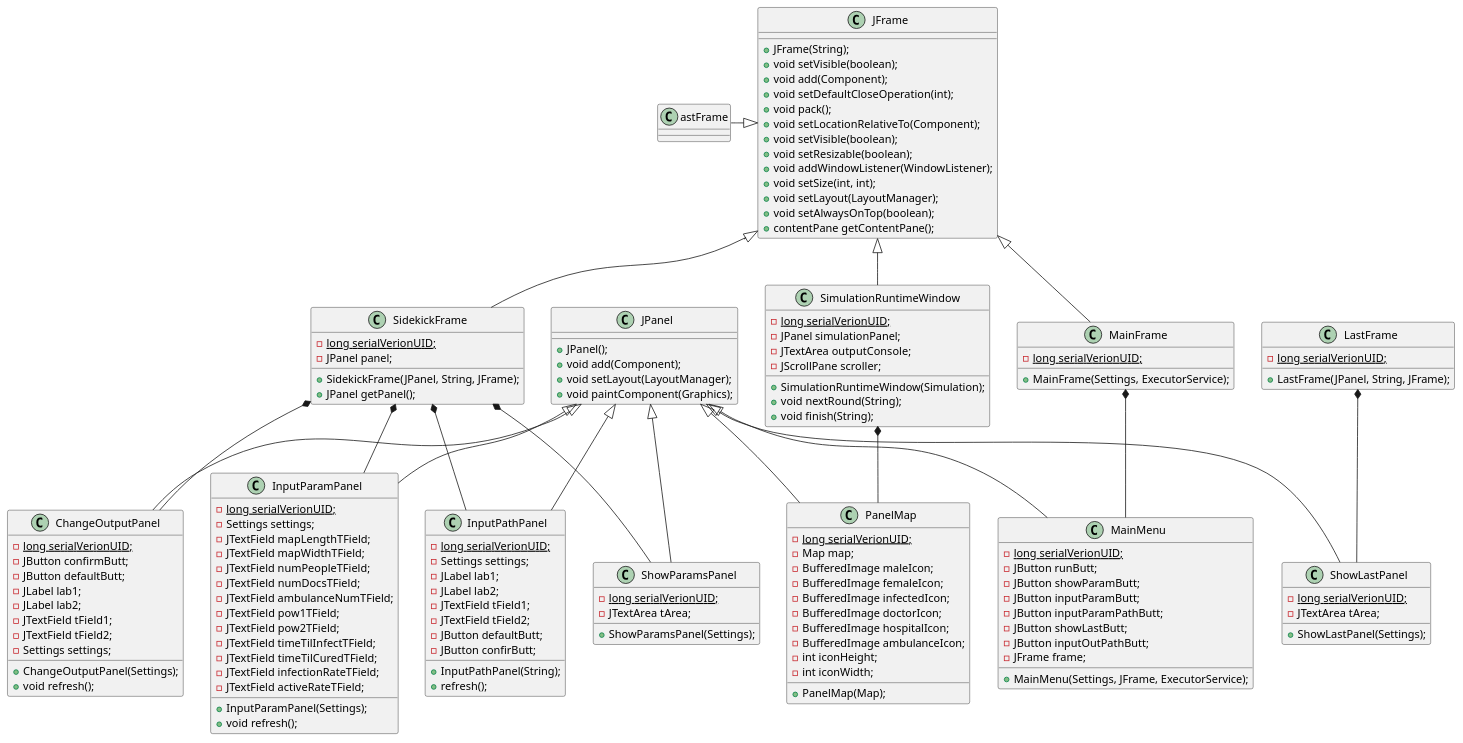
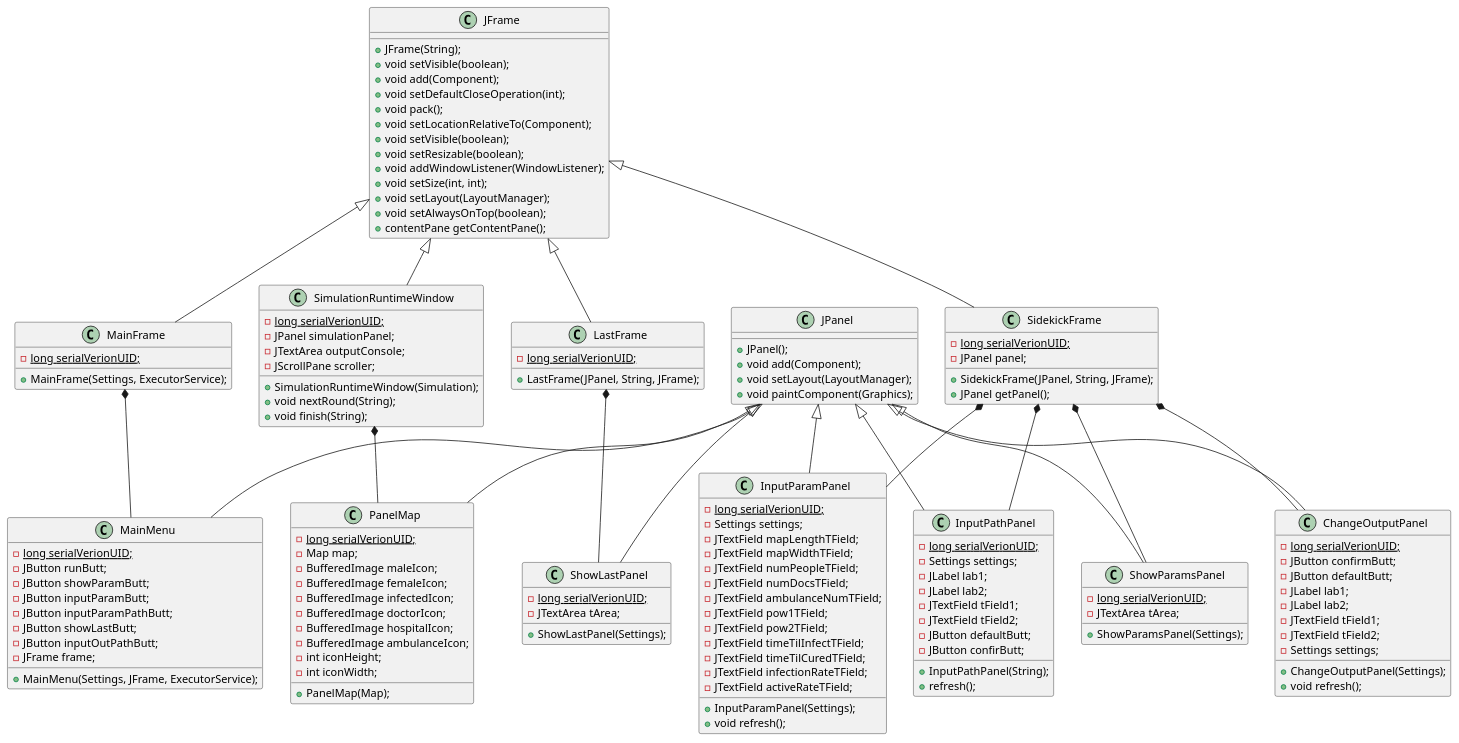
The diagram in dokumentacja/class_diagram/class_diagram_gui/class_diagram_gui_08062020.plantuml (karolWazny/plague-repo), drawn with PlantUML before and after one commit. The commit also changed 1 other file, not shown here.

```diff
--- a/dokumentacja/class_diagram/class_diagram_gui/class_diagram_gui_08062020.plantuml
+++ b/dokumentacja/class_diagram/class_diagram_gui/class_diagram_gui_08062020.plantuml
@@ -1,156 +1,156 @@
 @startuml class_diagram_gui_08062020
 
 class JFrame {
     + JFrame(String);
     + void setVisible(boolean);
     + void add(Component);
     + void setDefaultCloseOperation(int);
     + void pack();
     + void setLocationRelativeTo(Component);
     + void setVisible(boolean);
     + void setResizable(boolean);
     + void addWindowListener(WindowListener);
     + void setSize(int, int);
     + void setLayout(LayoutManager);
     + void setAlwaysOnTop(boolean);
     + contentPane getContentPane(); 
 }
 
 class JPanel {
     + JPanel();
     + void add(Component);
     + void setLayout(LayoutManager);
     + void paintComponent(Graphics);
 
 }
 
 class LastFrame {
     - {static} long serialVerionUID;
     + LastFrame(JPanel, String, JFrame);
 }
 
 class MainFrame {
     - {static} long serialVerionUID;
     + MainFrame(Settings, ExecutorService);
 }
 
 class SidekickFrame {
     - {static} long serialVerionUID;
     - JPanel panel;
     + SidekickFrame(JPanel, String, JFrame);
     + JPanel getPanel();
 }
 
 class SimulationRuntimeWindow{
     - {static} long serialVerionUID;
     - JPanel simulationPanel;
     - JTextArea outputConsole;
     - JScrollPane scroller;
     + SimulationRuntimeWindow(Simulation);
     + void nextRound(String);
     + void finish(String);
 }
 
 class ChangeOutputPanel {
     - {static} long serialVerionUID;
     - JButton confirmButt;
     - JButton defaultButt;
     - JLabel lab1;
     - JLabel lab2;
     - JTextField tField1;
     - JTextField tField2;
     - Settings settings;
     + ChangeOutputPanel(Settings);
     + void refresh();
 }
 
 class InputParamPanel{
     - {static} long serialVerionUID;
     - Settings settings;
     - JTextField mapLengthTField;
     - JTextField mapWidthTField;
     - JTextField numPeopleTField;
     - JTextField numDocsTField;
     - JTextField ambulanceNumTField;
     - JTextField pow1TField;
     - JTextField pow2TField;
     - JTextField timeTilInfectTField;
     - JTextField timeTilCuredTField;
     - JTextField infectionRateTField;
     - JTextField activeRateTField;
     + InputParamPanel(Settings);
     + void refresh();
 }
 
 class InputPathPanel {
     - {static} long serialVerionUID;
     - Settings settings;
     - JLabel lab1;
     - JLabel lab2;
     - JTextField tField1;
     - JTextField tField2;
     - JButton defaultButt;
     - JButton confirButt;
     + InputPathPanel(String);
     + refresh();
 }
 
 class MainMenu {
     - {static} long serialVerionUID;
     - JButton runButt;
     - JButton showParamButt;
     - JButton inputParamButt;
     - JButton inputParamPathButt;
     - JButton showLastButt;
     - JButton inputOutPathButt;
     - JFrame frame;
     + MainMenu(Settings, JFrame, ExecutorService);
 }
 
 class PanelMap {
     - {static} long serialVerionUID;
     - Map map;
     - BufferedImage maleIcon;
     - BufferedImage femaleIcon;
     - BufferedImage infectedIcon;
     - BufferedImage doctorIcon;
     - BufferedImage hospitalIcon;
     - BufferedImage ambulanceIcon;
     - int iconHeight;
     - int iconWidth;
     + PanelMap(Map);
 }
 
 class ShowLastPanel {
     - {static} long serialVerionUID;
     - JTextArea tArea;
     + ShowLastPanel(Settings);
 }
 
 class ShowParamsPanel {
     - {static} long serialVerionUID;
     - JTextArea tArea;
     + ShowParamsPanel(Settings);
 }
 
 JFrame<|--MainFrame
 JFrame<|--SidekickFrame
 JFrame<|--SimulationRuntimeWindow
-JFrame<|--LastFrame
+JFrame<|-- LastFrame
 JPanel<|--ChangeOutputPanel
 JPanel<|--InputParamPanel
 JPanel<|--InputPathPanel
 JPanel<|--MainMenu
 JPanel<|--PanelMap
 JPanel<|--ShowLastPanel
 JPanel<|--ShowParamsPanel
 
 SidekickFrame*--ChangeOutputPanel
 SidekickFrame*--InputParamPanel
 SidekickFrame*--InputPathPanel
 SidekickFrame*--ShowParamsPanel
 MainFrame*--MainMenu
 LastFrame*--ShowLastPanel
 SimulationRuntimeWindow*--PanelMap
 
 @enduml
```
